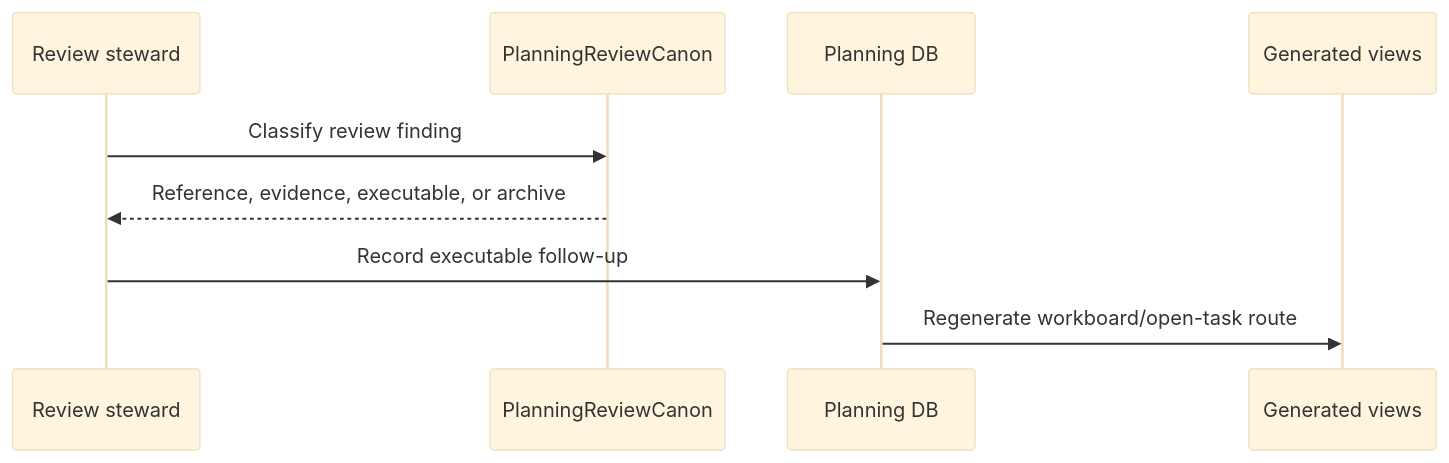
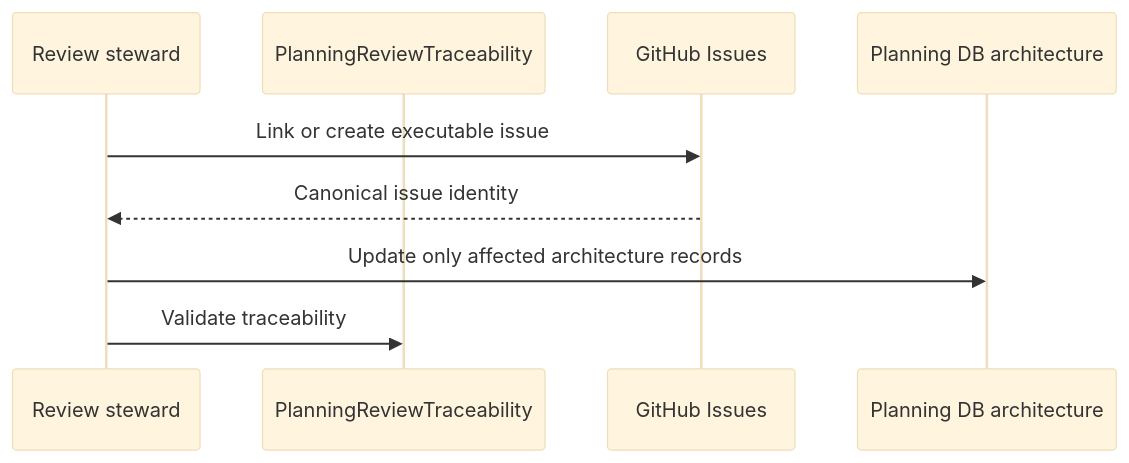
The third of 3 diagrams in docs/architecture/components/ci-governance/planning-review-canon-component.md (dunay2/dvt), drawn with Mermaid (base theme) before and after one commit. The commit also changed other lines of this file and 9 other files, not shown here.

Commit message:
refactor(ci): Align review intake with GitHub task authority

````diff
--- a/docs/architecture/components/ci-governance/planning-review-canon-component.md
+++ b/docs/architecture/components/ci-governance/planning-review-canon-component.md
@@ -101,12 +92,12 @@
 ```mermaid
 sequenceDiagram
   participant Steward as Review steward
-  participant Canon as PlanningReviewCanon
-  participant DB as Planning DB
-  participant View as Generated views
+  participant Canon as PlanningReviewTraceability
+  participant GitHub as GitHub Issues
+  participant DB as Planning DB architecture
 
-  Steward->>Canon: Classify review finding
-  Canon-->>Steward: Reference, evidence, executable, or archive
-  Steward->>DB: Record executable follow-up
-  DB->>View: Regenerate workboard/open-task route
+  Steward->>GitHub: Link or create executable issue
+  GitHub-->>Steward: Canonical issue identity
+  Steward->>DB: Update only affected architecture records
+  Steward->>Canon: Validate traceability
 ```
````
